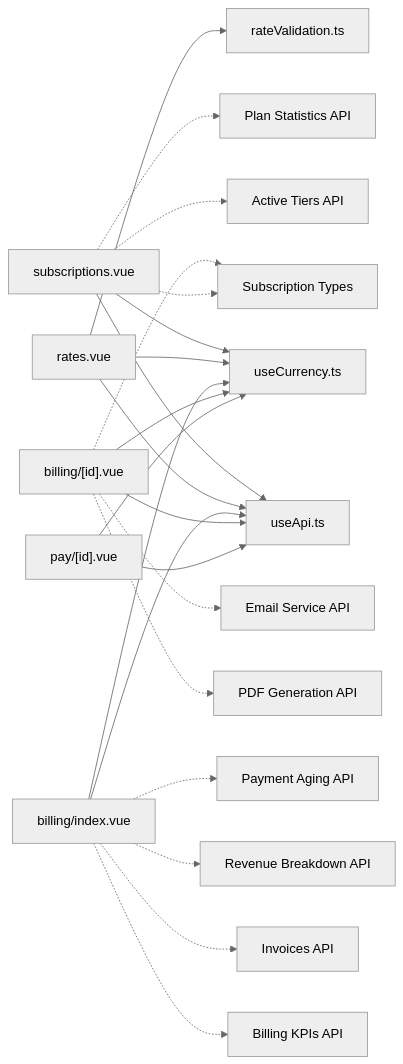
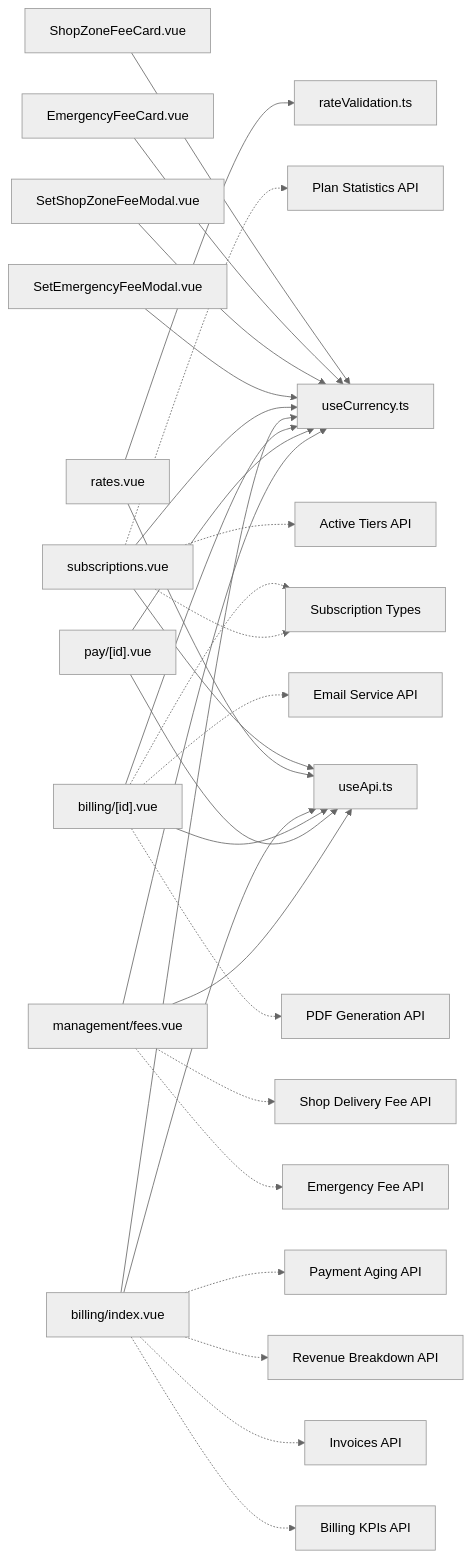
The third of 3 diagrams in .qoder/repowiki/en/content/Business Modules/Billing & Subscriptions/Billing & Subscriptions.md (Lazynerd-Studios/lacarte-atlas-console), drawn with Mermaid (neutral theme) before and after one commit. The commit also changed other lines of this file and 3 other files, not shown here.

First line of the commit message:
feat(fees): simplify currency display and add backend compatibility workaround

````diff
--- a/.qoder/repowiki/en/content/Business Modules/Billing & Subscriptions/Billing & Subscriptions.md
+++ b/.qoder/repowiki/en/content/Business Modules/Billing & Subscriptions/Billing & Subscriptions.md
@@ -360,24 +434,31 @@
 ```mermaid
 graph LR
 SubPlans["subscriptions.vue"] --> Api["useApi.ts"]
 Rates["rates.vue"] --> Api
 Billing["billing/index.vue"] --> Api
 InvoiceDetail["billing/[id].vue"] --> Api
 PayPortal["pay/[id].vue"] --> Api
+FeeManagement["management/fees.vue"] --> Api
+ShopZoneCard["ShopZoneFeeCard.vue"] --> Currency["useCurrency.ts"]
+EmergencyCard["EmergencyFeeCard.vue"] --> Currency
+ShopZoneModal["SetShopZoneFeeModal.vue"] --> Currency
+EmergencyModal["SetEmergencyFeeModal.vue"] --> Currency
 Rates --> Validation["rateValidation.ts"]
-SubPlans --> Currency["useCurrency.ts"]
-Rates --> Currency
+SubPlans --> Currency
 Billing --> Currency
 InvoiceDetail --> Currency
 PayPortal --> Currency
+FeeManagement --> Currency
 Billing -.-> KPIs["Billing KPIs API"]
 Billing -.-> Invoices["Invoices API"]
 Billing -.-> Revenue["Revenue Breakdown API"]
 Billing -.-> Aging["Payment Aging API"]
 InvoiceDetail -.-> PDF["PDF Generation API"]
 InvoiceDetail -.-> Email["Email Service API"]
 InvoiceDetail -.-> Types["TypeScript Interfaces"]
 SubPlans -.-> ActiveTiers["Active Tiers API"]
 SubPlans -.-> PlanStats["Plan Statistics API"]
 SubPlans -.-> Types["Subscription Types"]
+FeeManagement -.-> EmergencyFee["Emergency Fee API"]
+FeeManagement -.-> ShopDelivery["Shop Delivery Fee API"]
 ```
````
